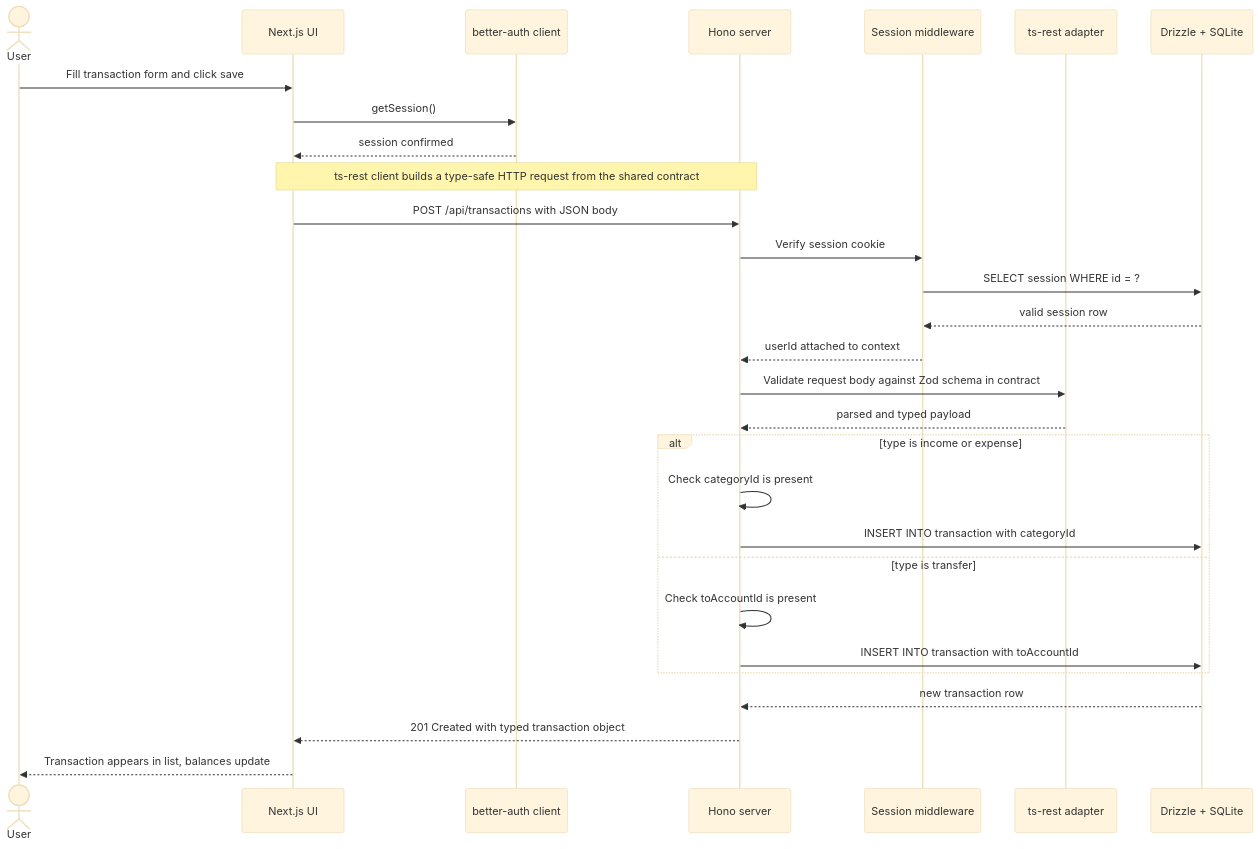
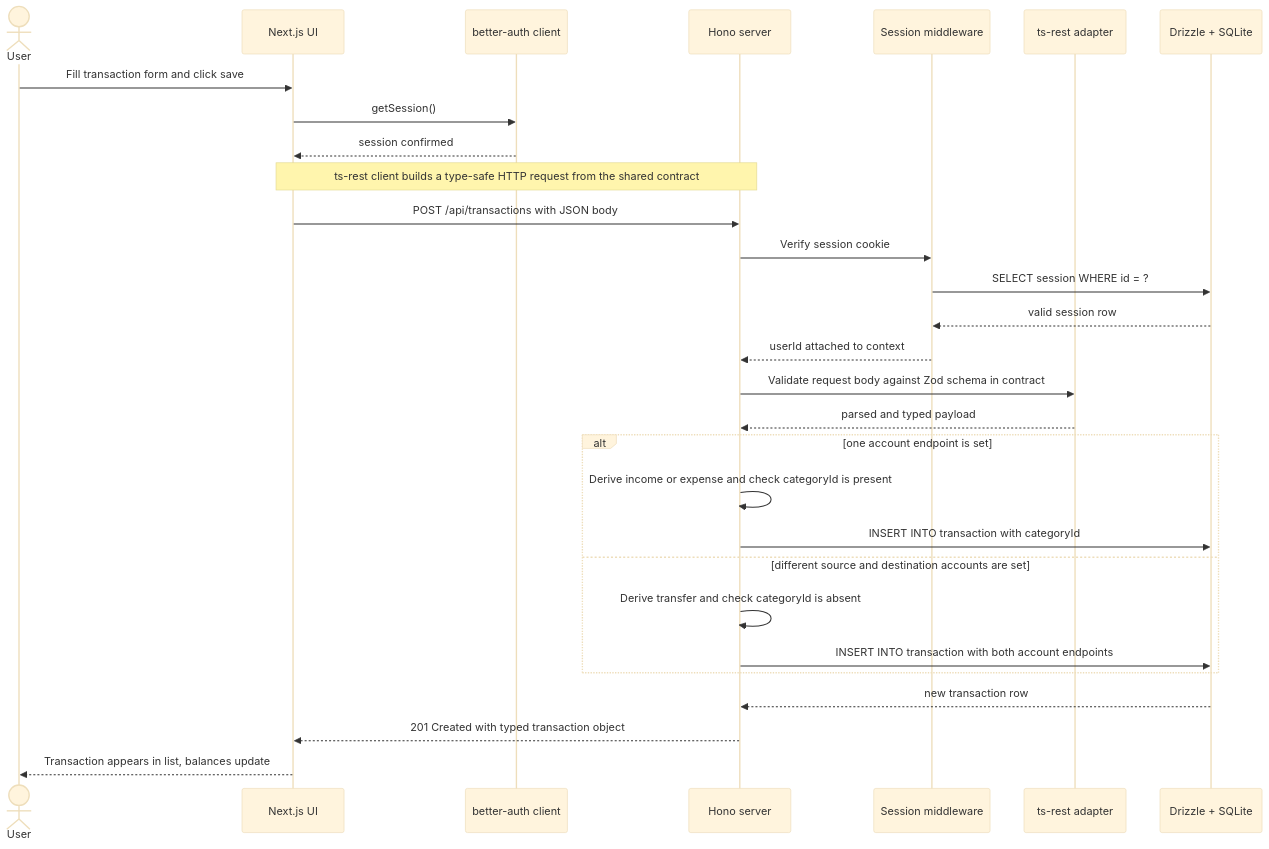
One commit to yinyinkyaw/financeos changed the fourth of 5 diagrams in apps/web/03-sequence.md. Above: the diagram before and after it, drawn with Mermaid (base theme). The commit also changed other lines of this file and 63 other files, not shown here.

````diff
--- a/apps/web/03-sequence.md
+++ b/apps/web/03-sequence.md
@@ -168,37 +168,37 @@
 ```mermaid
 sequenceDiagram
   actor User
   participant UI as Next.js UI
   participant BAC as better-auth client
   participant Hono as Hono server
   participant SM as Session middleware
   participant TSR as ts-rest adapter
   participant DB as Drizzle + SQLite
 
   User->>UI: Fill transaction form and click save
   UI->>BAC: getSession()
   BAC-->>UI: session confirmed
 
   Note over UI,Hono: ts-rest client builds a type-safe HTTP request from the shared contract
 
   UI->>Hono: POST /api/transactions with JSON body
   Hono->>SM: Verify session cookie
   SM->>DB: SELECT session WHERE id = ?
   DB-->>SM: valid session row
   SM-->>Hono: userId attached to context
 
   Hono->>TSR: Validate request body against Zod schema in contract
   TSR-->>Hono: parsed and typed payload
 
-  alt type is income or expense
-    Hono->>Hono: Check categoryId is present
+  alt one account endpoint is set
+    Hono->>Hono: Derive income or expense and check categoryId is present
     Hono->>DB: INSERT INTO transaction with categoryId
-  else type is transfer
-    Hono->>Hono: Check toAccountId is present
-    Hono->>DB: INSERT INTO transaction with toAccountId
+  else different source and destination accounts are set
+    Hono->>Hono: Derive transfer and check categoryId is absent
+    Hono->>DB: INSERT INTO transaction with both account endpoints
   end
 
   DB-->>Hono: new transaction row
   Hono-->>UI: 201 Created with typed transaction object
   UI-->>User: Transaction appears in list, balances update
 ```
````
